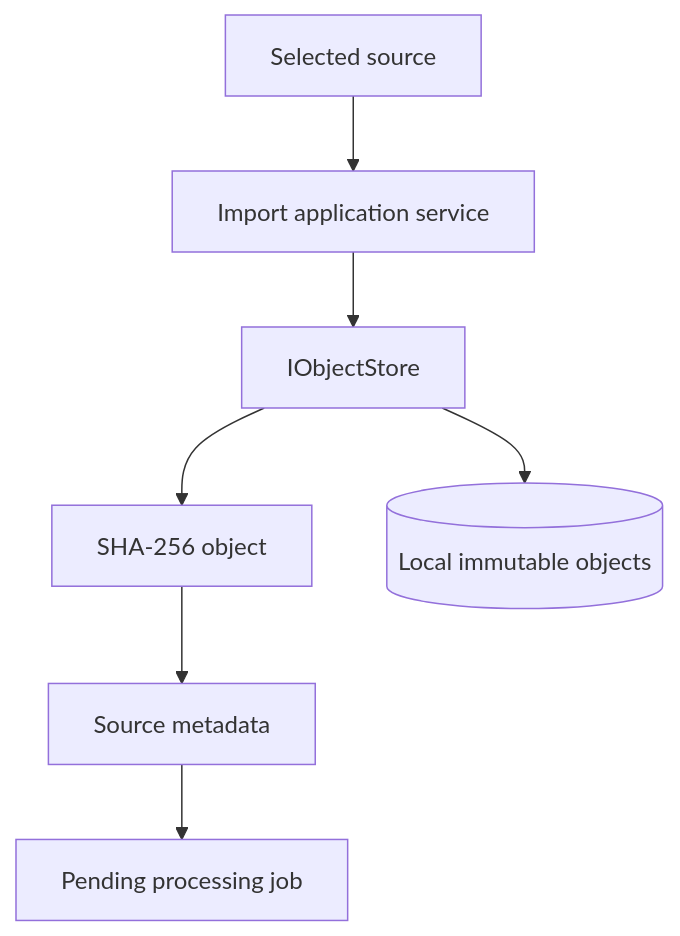
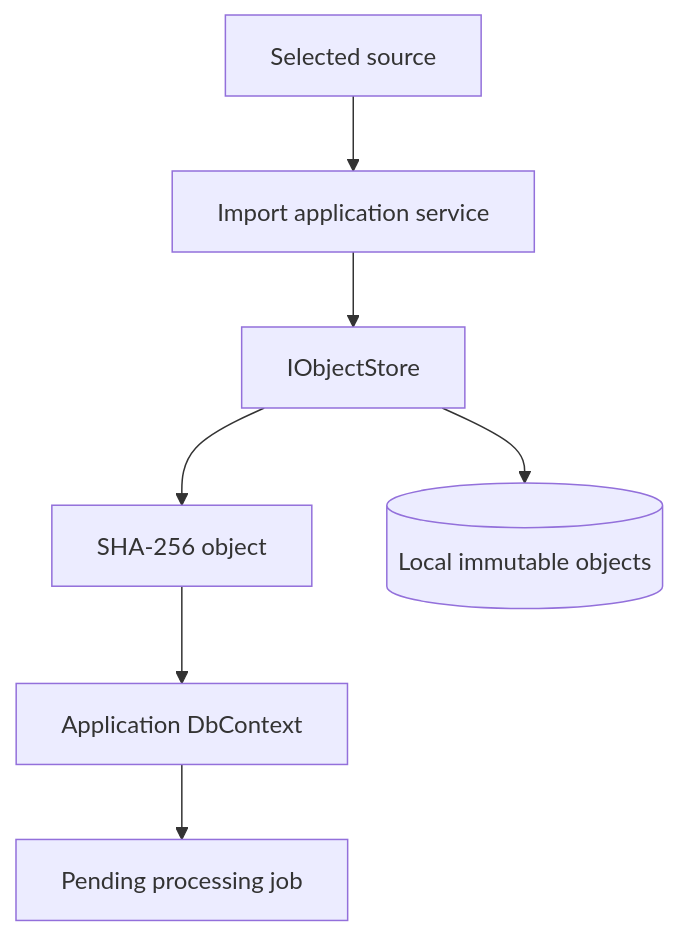
Before and after one commit to mikara89/loregrove: the first of 3 diagrams in docs/architecture/source-capture.md, drawn with Mermaid. The commit also changed other lines of this file and 45 other files, not shown here.

````diff
--- a/docs/architecture/source-capture.md
+++ b/docs/architecture/source-capture.md
@@ -7,10 +7,10 @@
 ```mermaid
 flowchart TD
     PICK[Selected source] --> IMPORT[Import application service]
     IMPORT --> OBJECT[IObjectStore]
     OBJECT --> HASH[SHA-256 object]
-    HASH --> REPO[Source metadata]
-    REPO --> JOB[Pending processing job]
+    HASH --> DB[Application DbContext]
+    DB --> JOB[Pending processing job]
 
     OBJECT --> DISK[(Local immutable objects)]
 ```
````
